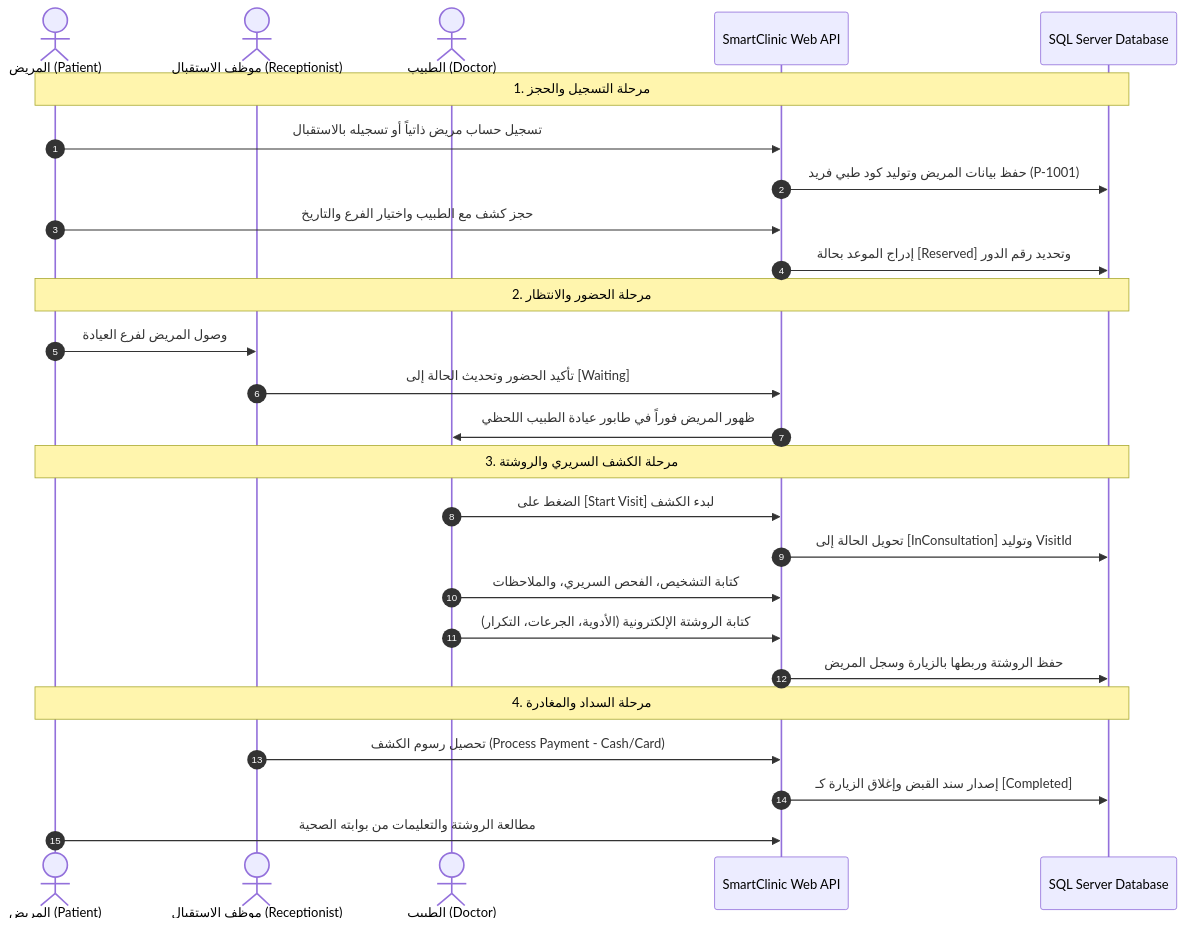
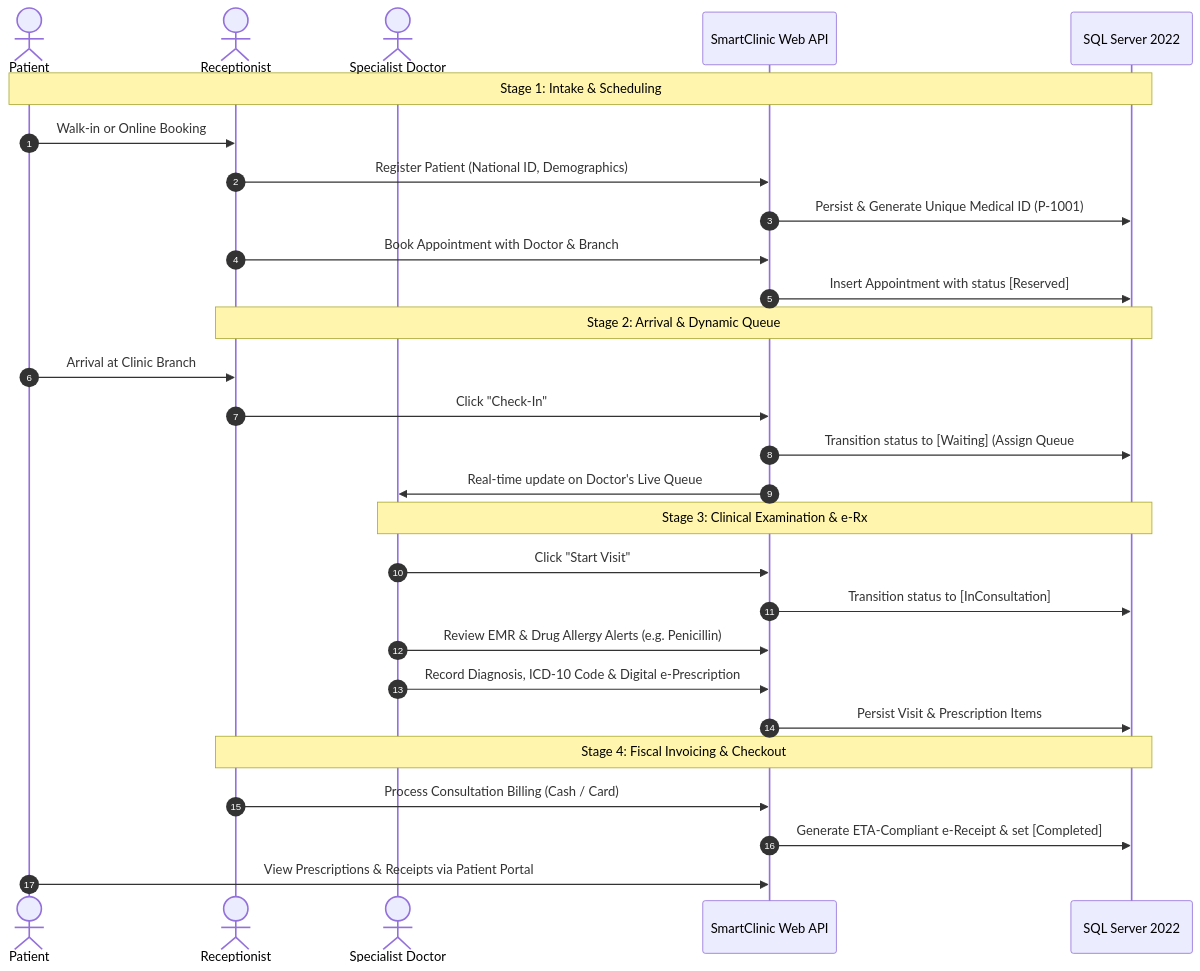
Before and after one commit to FaroukM2/SmartClinic: the fourth of 4 diagrams in README.md, drawn with Mermaid. The commit also changed other lines of this file, not shown here.

Commit message:
docs: rewrite README in English with enterprise Silicon-Valley architecture showcase

````diff
--- a/README.md
+++ b/README.md
@@ -175,32 +211,34 @@
 ```mermaid
 sequenceDiagram
     autonumber
-    actor Patient as المريض (Patient)
-    actor Rec as موظف الاستقبال (Receptionist)
-    actor Doc as الطبيب (Doctor)
+    actor Patient as Patient
+    actor Reception as Receptionist
+    actor Doctor as Specialist Doctor
     participant API as SmartClinic Web API
-    participant DB as SQL Server Database
+    participant DB as SQL Server 2022
 
-    Note over Patient,DB: 1. مرحلة التسجيل والحجز
-    Patient->>API: تسجيل حساب مريض ذاتياً أو تسجيله بالاستقبال
-    API->>DB: حفظ بيانات المريض وتوليد كود طبي فريد (P-1001)
-    Patient->>API: حجز كشف مع الطبيب واختيار الفرع والتاريخ
-    API->>DB: إدراج الموعد بحالة [Reserved] وتحديد رقم الدور
+    Note over Patient,DB: Stage 1: Intake & Scheduling
+    Patient->>Reception: Walk-in or Online Booking
+    Reception->>API: Register Patient (National ID, Demographics)
+    API->>DB: Persist & Generate Unique Medical ID (P-1001)
+    Reception->>API: Book Appointment with Doctor & Branch
+    API->>DB: Insert Appointment with status [Reserved]
 
-    Note over Patient,DB: 2. مرحلة الحضور والانتظار
-    Patient->>Rec: وصول المريض لفرع العيادة
-    Rec->>API: تأكيد الحضور وتحديث الحالة إلى [Waiting]
-    API->>Doc: ظهور المريض فوراً في طابور عيادة الطبيب اللحظي
+    Note over Reception,DB: Stage 2: Arrival & Dynamic Queue
+    Patient->>Reception: Arrival at Clinic Branch
+    Reception->>API: Click "Check-In"
+    API->>DB: Transition status to [Waiting] (Assign Queue #)
+    API->>Doctor: Real-time update on Doctor's Live Queue
 
-    Note over Patient,DB: 3. مرحلة الكشف السريري والروشتة
-    Doc->>API: الضغط على [Start Visit] لبدء الكشف
-    API->>DB: تحويل الحالة إلى [InConsultation] وتوليد VisitId
-    Doc->>API: كتابة التشخيص، الفحص السريري، والملاحظات
-    Doc->>API: كتابة الروشتة الإلكترونية (الأدوية، الجرعات، التكرار)
-    API->>DB: حفظ الروشتة وربطها بالزيارة وسجل المريض
+    Note over Doctor,DB: Stage 3: Clinical Examination & e-Rx
+    Doctor->>API: Click "Start Visit"
+    API->>DB: Transition status to [InConsultation]
+    Doctor->>API: Review EMR & Drug Allergy Alerts (e.g. Penicillin)
+    Doctor->>API: Record Diagnosis, ICD-10 Code & Digital e-Prescription
+    API->>DB: Persist Visit & Prescription Items
 
-    Note over Patient,DB: 4. مرحلة السداد والمغادرة
-    Rec->>API: تحصيل رسوم الكشف (Process Payment - Cash/Card)
-    API->>DB: إصدار سند القبض وإغلاق الزيارة كـ [Completed]
-    Patient->>API: مطالعة الروشتة والتعليمات من بوابته الصحية
+    Note over Reception,DB: Stage 4: Fiscal Invoicing & Checkout
+    Reception->>API: Process Consultation Billing (Cash / Card)
+    API->>DB: Generate ETA-Compliant e-Receipt & set [Completed]
+    Patient->>API: View Prescriptions & Receipts via Patient Portal
 ```
````
